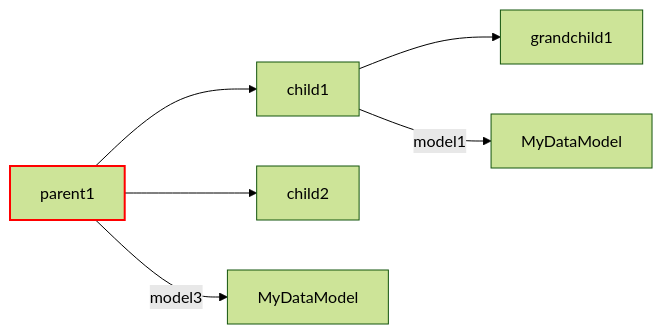
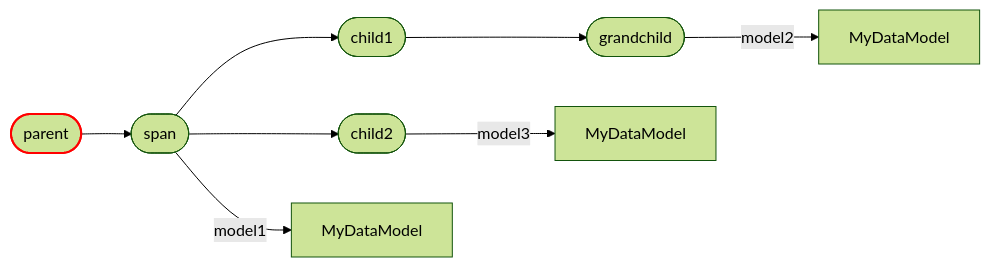
Before and after one commit to rmorshea/artigraph: the seventh of 8 diagrams in docs/usage.md, drawn with Mermaid (forest theme). The commit also changed other lines of this file, not shown here.

````diff
--- a/docs/usage.md
+++ b/docs/usage.md
@@ -312,9 +392,21 @@
 ```mermaid
 graph LR
-    style parent1 stroke:red,stroke-width:2px
-    parent1 --> child1
-    parent1 --> child2
-    child1 --> grandchild1
-    child1 --> |model1| model1[MyDataModel]
-    parent1 --> |model3| model3[MyDataModel]
+    p([parent])
+    s([span])
+    c1([child1])
+    c2([child2])
+    g([grandchild])
+    m1[MyDataModel]
+    m2[MyDataModel]
+    m3[MyDataModel]
+
+    style p stroke:red,stroke-width:2px
+
+    p --> s
+    s --> |model1| m1
+    s --> c1
+    s --> c2
+    c1 --> g
+    g --> |model2| m2
+    c2 --> |model3| m3
 ```
````
